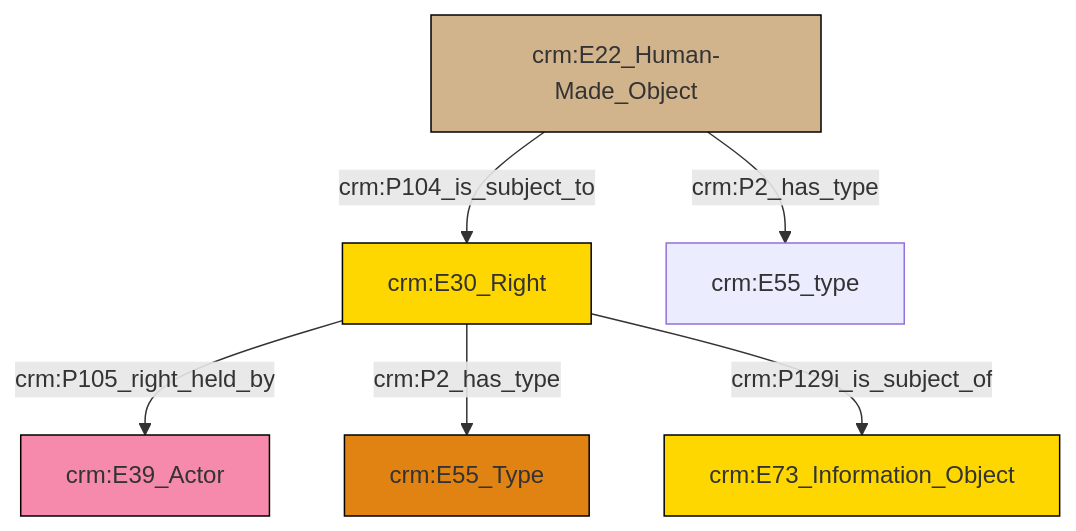
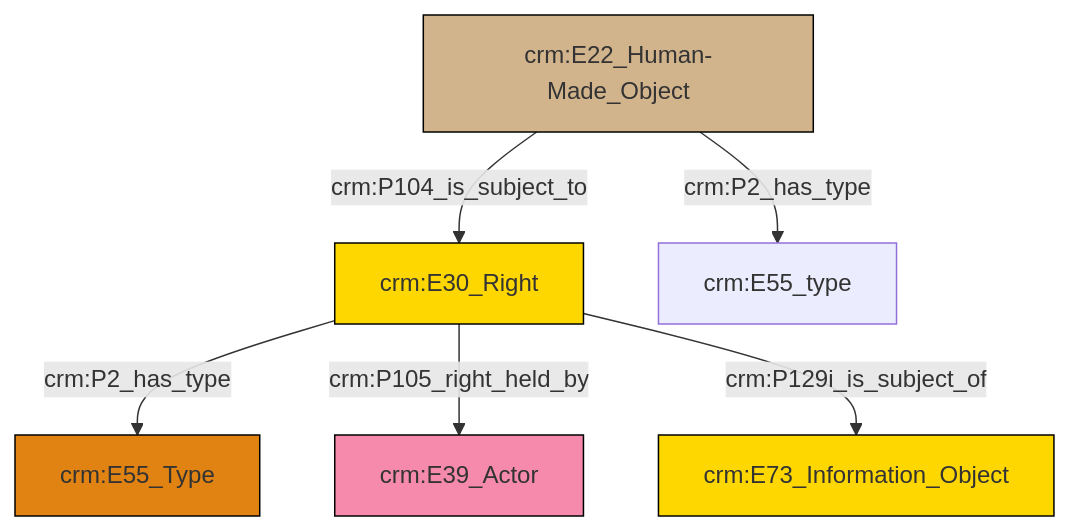
The diagram in et/builtWorkCSV/ttl/mmd/Built_Work_rights.ttl.mmd (swiss-art-research-net/docs.swissartresearch), drawn with Mermaid before and after one commit. The commit also changed 177 other files, not shown here.

```diff
--- a/et/builtWorkCSV/ttl/mmd/Built_Work_rights.ttl.mmd
+++ b/et/builtWorkCSV/ttl/mmd/Built_Work_rights.ttl.mmd
@@ -1,20 +1,20 @@
 graph TD
 classDef Literal fill:#f2f2f2,stroke:#000000;
 classDef CRM_Entity fill:#FFFFFF,stroke:#000000;
 classDef Temporal_Entity fill:#00C9E6, stroke:#000000;
 classDef Type fill:#E18312, stroke:#000000;
 classDef Time-Span fill:#2C9C91, stroke:#000000;
 classDef Appellation fill:#FFEB7F, stroke:#000000;
 classDef Place fill:#008836, stroke:#000000;
 classDef Persistent_Item fill:#B266B2, stroke:#000000;
 classDef Conceptual_Object fill:#FFD700, stroke:#000000;
 classDef Physical_Thing fill:#D2B48C, stroke:#000000;
 classDef Actor fill:#f58aad, stroke:#000000;
 classDef PC_Classes fill:#4ce600, stroke:#000000;
 classDef Multi fill:#cccccc,stroke:#000000;
 
-0["crm:E22_Human-Made_Object"]:::Physical_Thing -->|crm:P104_is_subject_to| 1["crm:E30_Right"]:::Conceptual_Object
-1["crm:E30_Right"]:::Conceptual_Object -->|crm:P105_right_held_by| 2["crm:E39_Actor"]:::Actor
-1["crm:E30_Right"]:::Conceptual_Object -->|crm:P2_has_type| 3["crm:E55_Type"]:::Type
-1["crm:E30_Right"]:::Conceptual_Object -->|crm:P129i_is_subject_of| 5["crm:E73_Information_Object"]:::Conceptual_Object
-0["crm:E22_Human-Made_Object"]:::Physical_Thing -->|crm:P2_has_type| 8["crm:E55_type"]:::Default
+2["crm:E22_Human-Made_Object"]:::Physical_Thing -->|crm:P104_is_subject_to| 0["crm:E30_Right"]:::Conceptual_Object
+0["crm:E30_Right"]:::Conceptual_Object -->|crm:P2_has_type| 6["crm:E55_Type"]:::Type
+0["crm:E30_Right"]:::Conceptual_Object -->|crm:P105_right_held_by| 3["crm:E39_Actor"]:::Actor
+0["crm:E30_Right"]:::Conceptual_Object -->|crm:P129i_is_subject_of| 7["crm:E73_Information_Object"]:::Conceptual_Object
+2["crm:E22_Human-Made_Object"]:::Physical_Thing -->|crm:P2_has_type| 8["crm:E55_type"]:::Default
```
